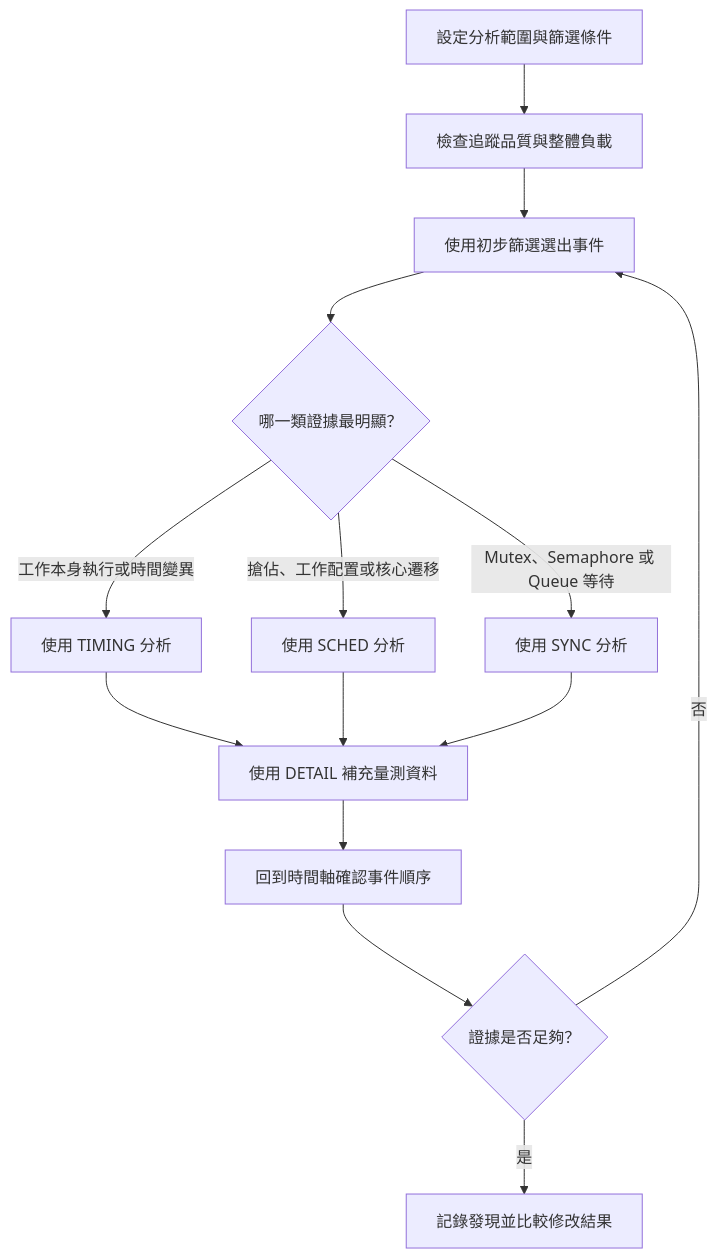
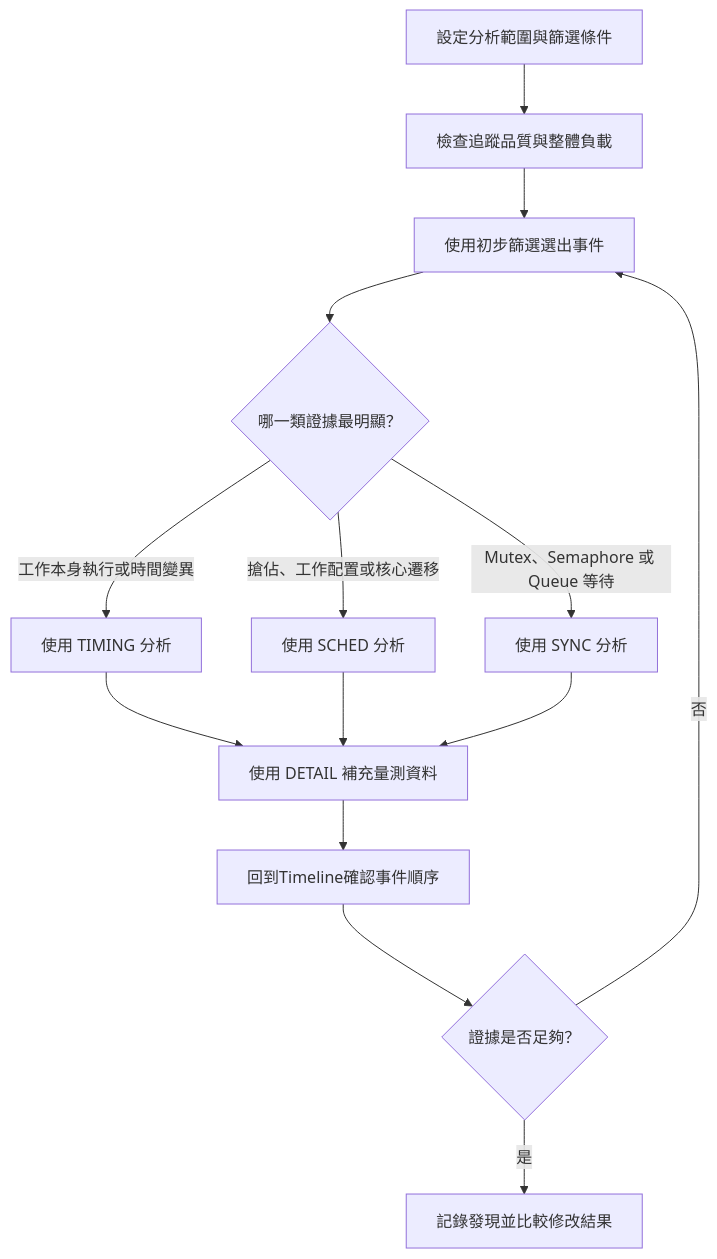
One commit to kuopinghsu/FreeRTOS-BTF-Trace changed the first of 2 diagrams in BTFViewer/STATISTICS_zh-TW.md. Above: the diagram before and after it, drawn with Mermaid. The commit also changed other lines of this file and 112 other files, not shown here.

````diff
--- a/BTFViewer/STATISTICS_zh-TW.md
+++ b/BTFViewer/STATISTICS_zh-TW.md
@@ -152,16 +152,16 @@
 ```mermaid
 flowchart TD
     A[設定分析範圍與篩選條件] --> B[檢查追蹤品質與整體負載]
     B --> C[使用初步篩選選出事件]
     C --> D{"哪一類證據最明顯？"}
     D -->|工作本身執行或時間變異| E[使用 TIMING 分析]
     D -->|搶佔、工作配置或核心遷移| F[使用 SCHED 分析]
     D -->|Mutex、Semaphore 或 Queue 等待| G[使用 SYNC 分析]
     E --> H[使用 DETAIL 補充量測資料]
     F --> H
     G --> H
-    H --> I[回到時間軸確認事件順序]
+    H --> I[回到Timeline確認事件順序]
     I --> J{"證據是否足夠？"}
     J -->|否| C
     J -->|是| K[記錄發現並比較修改結果]
 ```
````
